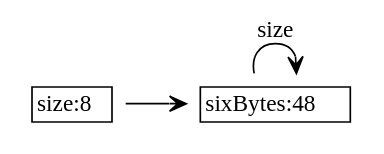
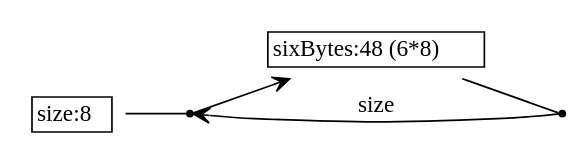
The diagram in src/repeat/repeat-spec.dot (sireum/bitcodec-examples), drawn with Graphviz before and after one commit. The commit also changed 9 other files, not shown here.

```diff
--- a/src/repeat/repeat-spec.dot
+++ b/src/repeat/repeat-spec.dot
@@ -1,19 +1,23 @@
 digraph G {
   rankdir = LR;
   node [shape=plaintext];
   edge [arrowhead=vee];
 
   n0 [label=<
     <TABLE BORDER="0" CELLBORDER="1" CELLSPACING="0">
       <TR><TD>size:8</TD></TR>
     </TABLE>
   >];
-  n1 [label=<
+  n1 [shape=point];
+  n2 [label=<
     <TABLE BORDER="0" CELLBORDER="1" CELLSPACING="0">
-      <TR><TD>sixBytes:48</TD></TR>
+      <TR><TD>sixBytes:48 (6*8)</TD></TR>
     </TABLE>
   >];
+  n3 [shape=point];
 
-  n1 -> n1 [label="size"];
-  n0 -> n1;
+  n0 -> n1 [arrowhead=none];
+  n3 -> n1 [label="size"];
+  n1 -> n2;
+  n2 -> n3 [arrowhead=none];
 }
```
